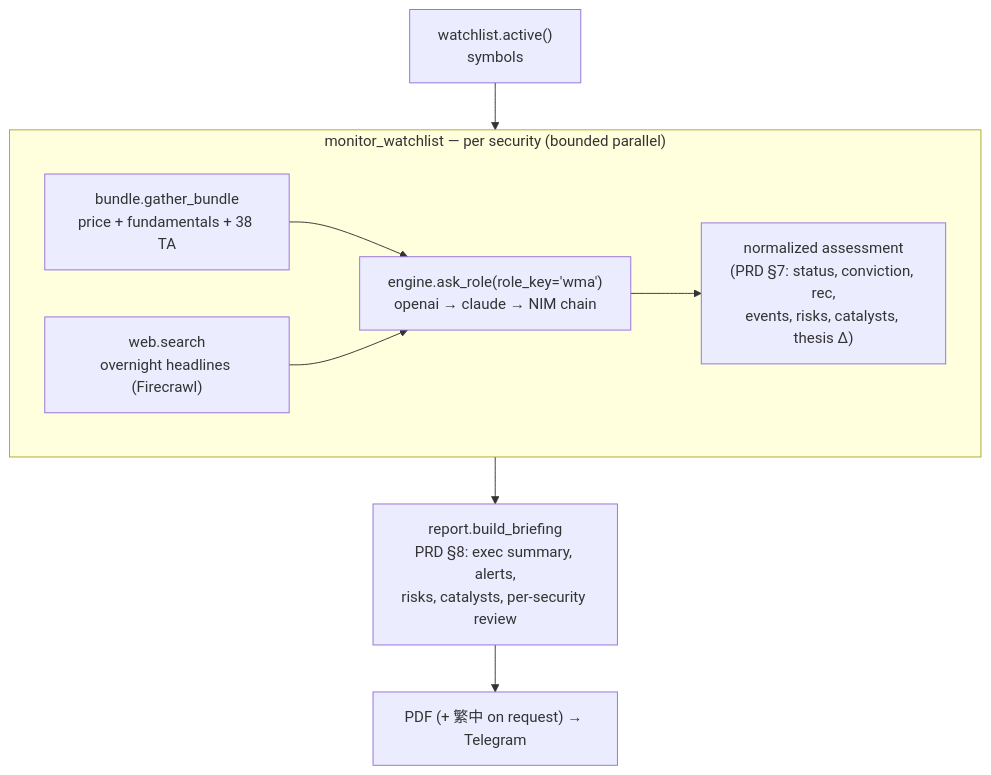
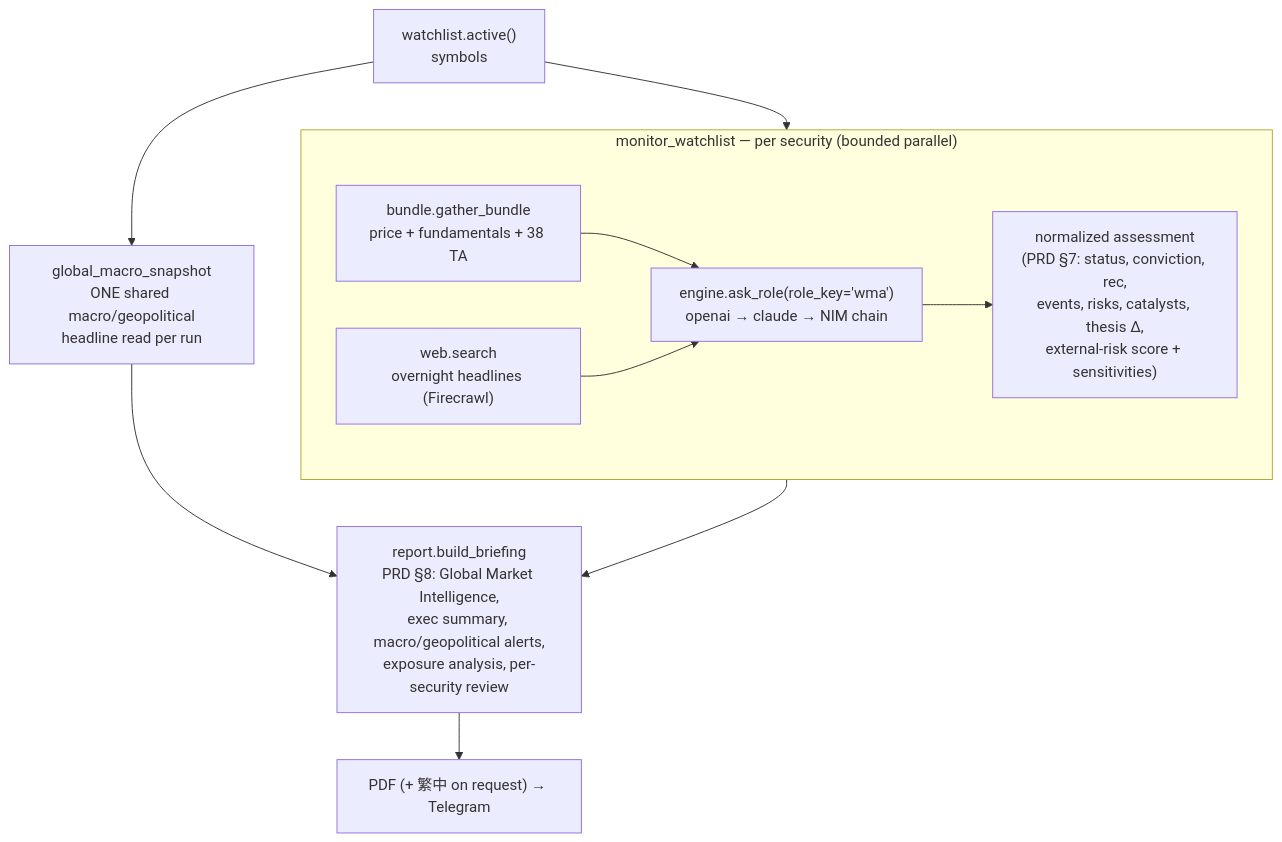
One commit to cloudaipro/CIOAgent changed the sixth of 6 diagrams in docs/TECHNICAL_REPORT.md. Above: the diagram before and after it, drawn with Mermaid. The commit also changed other lines of this file and 18 other files, not shown here.

````diff
--- a/docs/TECHNICAL_REPORT.md
+++ b/docs/TECHNICAL_REPORT.md
@@ -418,13 +432,15 @@
 ```mermaid
 flowchart TD
     WL["watchlist.active()<br/>symbols"] --> MS
     subgraph MS["monitor_watchlist — per security (bounded parallel)"]
         BD["bundle.gather_bundle<br/>price + fundamentals + 38 TA"]
         NW["web.search<br/>overnight headlines (Firecrawl)"]
         BD --> ASK["engine.ask_role(role_key='wma')<br/>openai → claude → NIM chain"]
         NW --> ASK
-        ASK --> ASS["normalized assessment<br/>(PRD §7: status, conviction, rec,<br/>events, risks, catalysts, thesis Δ)"]
+        ASK --> ASS["normalized assessment<br/>(PRD §7: status, conviction, rec,<br/>events, risks, catalysts, thesis Δ,<br/>external-risk score + sensitivities)"]
     end
-    MS --> BR["report.build_briefing<br/>PRD §8: exec summary, alerts,<br/>risks, catalysts, per-security review"]
+    WL --> GMS["global_macro_snapshot<br/>ONE shared macro/geopolitical<br/>headline read per run"]
+    MS --> BR["report.build_briefing<br/>PRD §8: Global Market Intelligence,<br/>exec summary, macro/geopolitical alerts,<br/>exposure analysis, per-security review"]
+    GMS --> BR
     BR --> OUT["PDF (+ 繁中 on request) → Telegram"]
 ```
````
